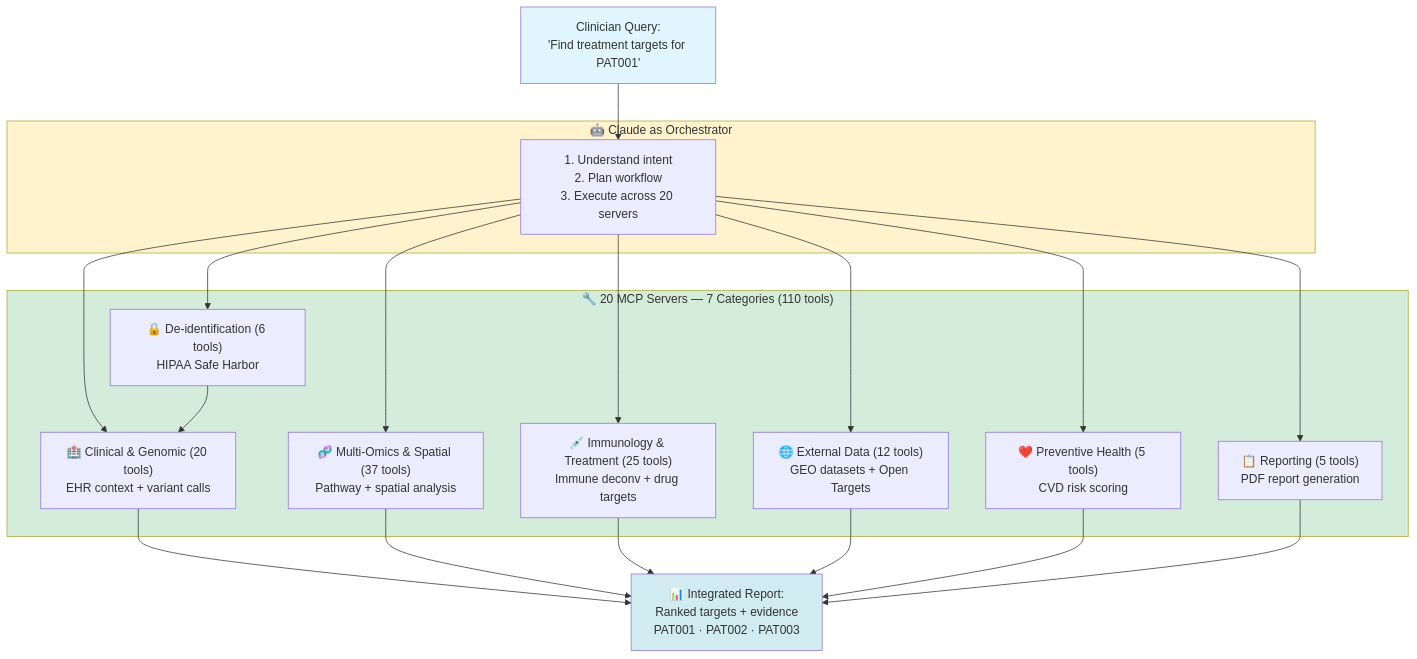
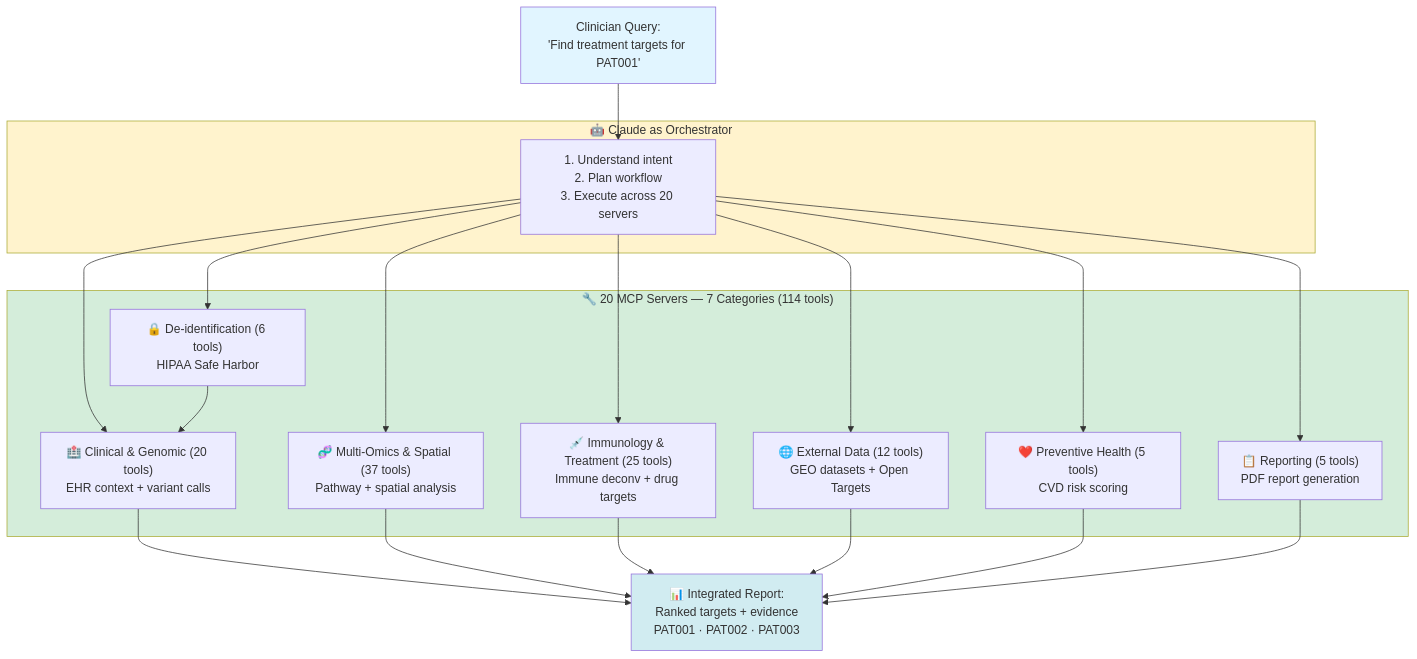
One commit to lynnlangit/spatial-mcp changed the first of 2 diagrams in docs/reference/architecture/WHY_MCP_FOR_HEALTHCARE.md. Above: the diagram before and after it, drawn with Mermaid. The commit also changed other lines of this file and 4 other files, not shown here.

First line of the commit message:
Update tool count 110 → 114 across all docs and diagrams

````diff
--- a/docs/reference/architecture/WHY_MCP_FOR_HEALTHCARE.md
+++ b/docs/reference/architecture/WHY_MCP_FOR_HEALTHCARE.md
@@ -67,41 +67,41 @@
 ```mermaid
 graph TD
     USER["Clinician Query:<br/>'Find treatment targets for PAT001'"]
 
     subgraph Claude["🤖 Claude as Orchestrator"]
         PLAN["1. Understand intent<br/>2. Plan workflow<br/>3. Execute across 20 servers"]
     end
 
-    subgraph Servers["🔧 20 MCP Servers — 7 Categories (110 tools)"]
+    subgraph Servers["🔧 20 MCP Servers — 7 Categories (114 tools)"]
         STAGE0["🔒 De-identification (6 tools)<br/>HIPAA Safe Harbor"]
         CLINICAL["🏥 Clinical & Genomic (20 tools)<br/>EHR context + variant calls"]
         OMICS["🧬 Multi-Omics & Spatial (37 tools)<br/>Pathway + spatial analysis"]
         IMMUNO["💉 Immunology & Treatment (25 tools)<br/>Immune deconv + drug targets"]
         EXTDATA["🌐 External Data (12 tools)<br/>GEO datasets + Open Targets"]
         PREVENT["❤️ Preventive Health (5 tools)<br/>CVD risk scoring"]
         REPORT["📋 Reporting (5 tools)<br/>PDF report generation"]
     end
 
     RESULT["📊 Integrated Report:<br/>Ranked targets + evidence<br/>PAT001 · PAT002 · PAT003"]
 
     USER --> PLAN
     PLAN --> STAGE0
     PLAN --> CLINICAL
     PLAN --> OMICS
     PLAN --> IMMUNO
     PLAN --> EXTDATA
     PLAN --> PREVENT
     PLAN --> REPORT
     STAGE0 --> CLINICAL
     CLINICAL --> RESULT
     OMICS --> RESULT
     IMMUNO --> RESULT
     EXTDATA --> RESULT
     PREVENT --> RESULT
     REPORT --> RESULT
 
     style USER fill:#e1f5ff
     style Claude fill:#fff3cd
     style Servers fill:#d4edda
     style RESULT fill:#d1ecf1
 ```
````
